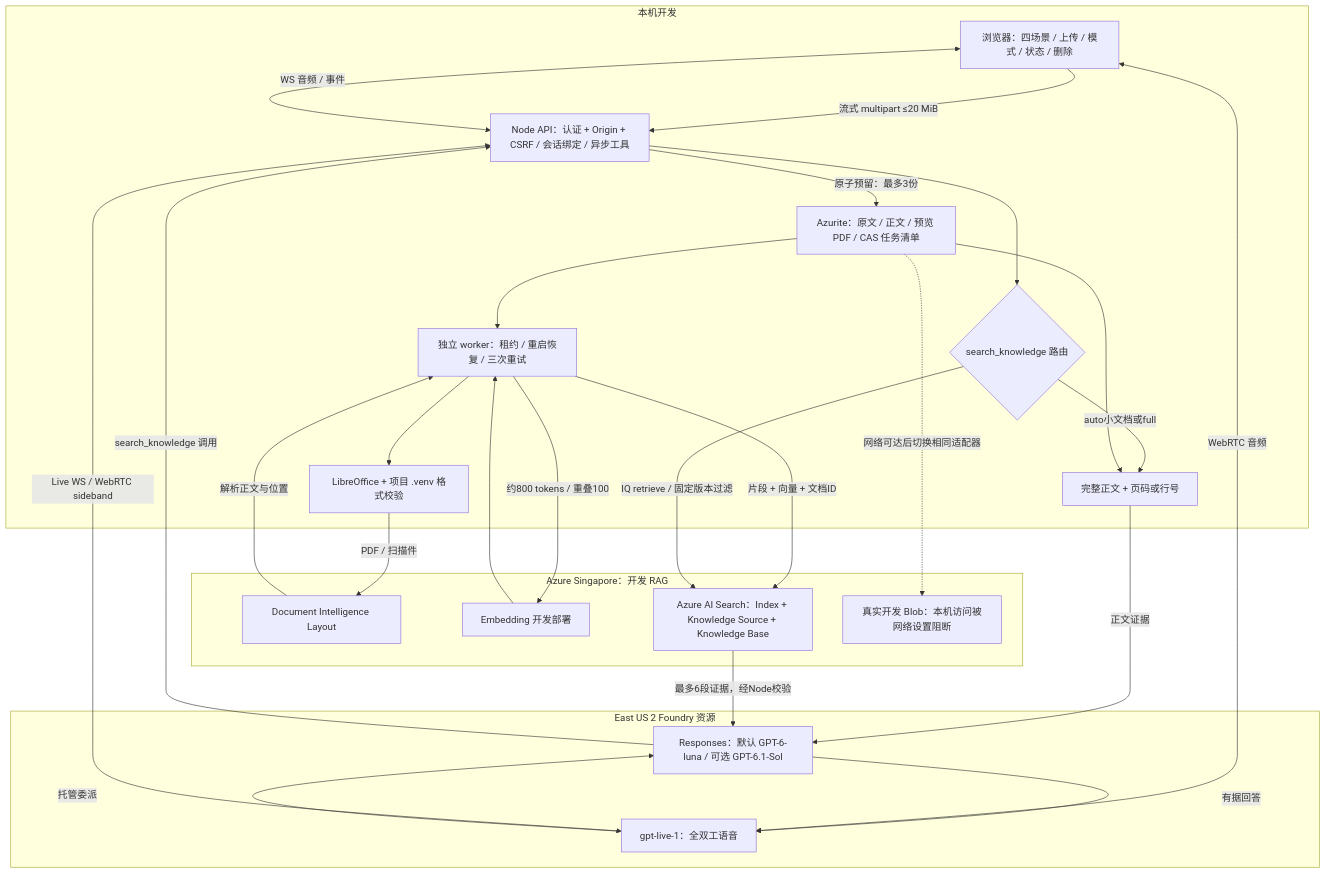
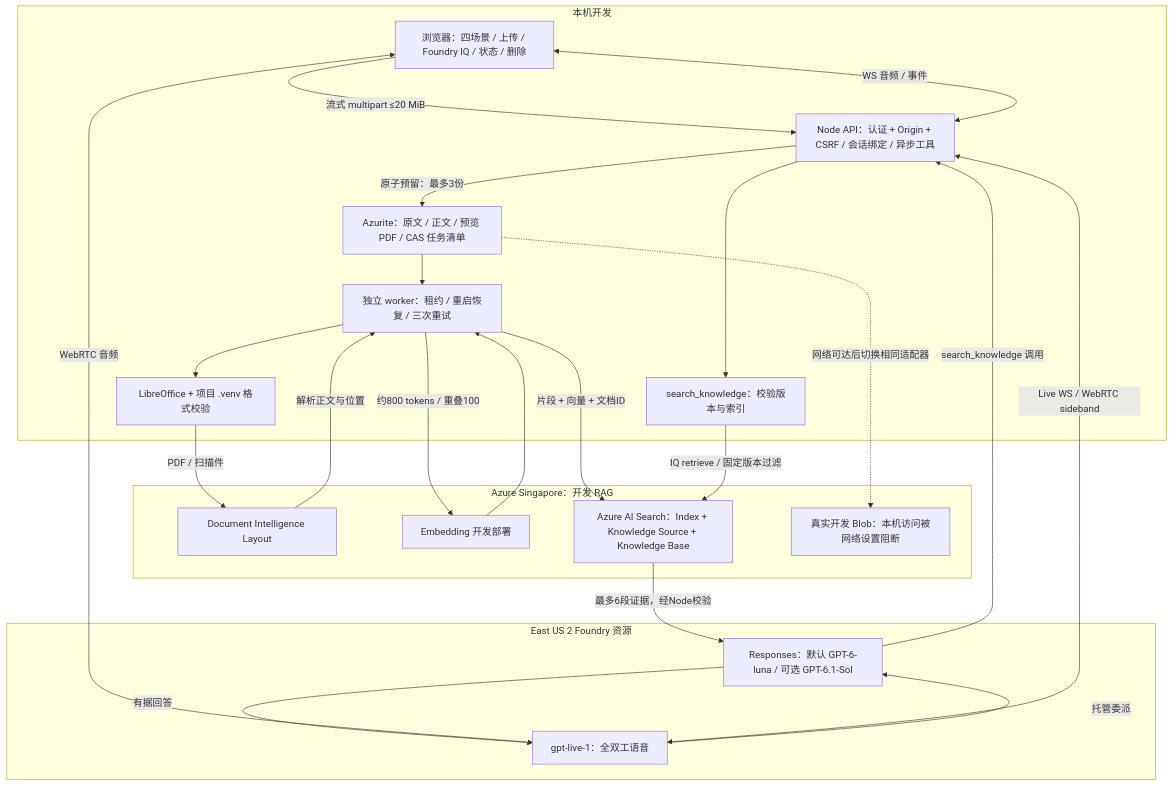
One commit to Rayment915/gpt-live-studio changed the diagram in KNOWLEDGE.md. Above: the diagram before and after it, drawn with Mermaid. The commit also changed other lines of this file and 15 other files, not shown here.

Commit message:
Use Foundry IQ exclusively and update knowledge greeting prompt

````diff
--- a/KNOWLEDGE.md
+++ b/KNOWLEDGE.md
@@ -65,44 +67,40 @@
 ```mermaid
 flowchart TB
   subgraph Local[本机开发]
-    UI[浏览器：四场景 / 上传 / 模式 / 状态 / 删除]
+    UI[浏览器：四场景 / 上传 / Foundry IQ / 状态 / 删除]
     Node[Node API：认证 + Origin + CSRF / 会话绑定 / 异步工具]
     Blob[Azurite：原文 / 正文 / 预览 PDF / CAS 任务清单]
     Worker[独立 worker：租约 / 重启恢复 / 三次重试]
     Office[LibreOffice + 项目 .venv 格式校验]
-    Router{search_knowledge 路由}
-    Full[完整正文 + 页码或行号]
+    Router[search_knowledge：校验版本与索引]
     UI -->|流式 multipart ≤20 MiB| Node
     Node -->|原子预留：最多3份| Blob
     Blob --> Worker
     Worker --> Office
     Node --> Router
-    Router -->|auto小文档或full| Full
-    Blob --> Full
   end
   subgraph SG[Azure Singapore：开发 RAG]
     OCR[Document Intelligence Layout]
     Embed[Embedding 开发部署]
     IQ[Azure AI Search：Index + Knowledge Source + Knowledge Base]
     CloudBlob[真实开发 Blob：本机访问被网络设置阻断]
     Office -->|PDF / 扫描件| OCR
     OCR -->|解析正文与位置| Worker
     Worker -->|约800 tokens / 重叠100| Embed
     Embed --> Worker
     Worker -->|片段 + 向量 + 文档ID| IQ
     Router -->|IQ retrieve / 固定版本过滤| IQ
   end
   subgraph Model[East US 2 Foundry 资源]
     Live[gpt-live-1：全双工语音]
     Sol[Responses：默认 GPT-6-luna / 可选 GPT-6.1-Sol]
     Live -->|托管委派| Sol
     Sol -->|search_knowledge 调用| Node
-    Full -->|正文证据| Sol
     IQ -->|最多6段证据，经Node校验| Sol
     Sol -->|有据回答| Live
   end
   UI <-->|WebRTC 音频| Live
   UI <-->|WS 音频 / 事件| Node
   Node <-->|Live WS / WebRTC sideband| Live
   Blob -.->|网络可达后切换相同适配器| CloudBlob
 ```
````
